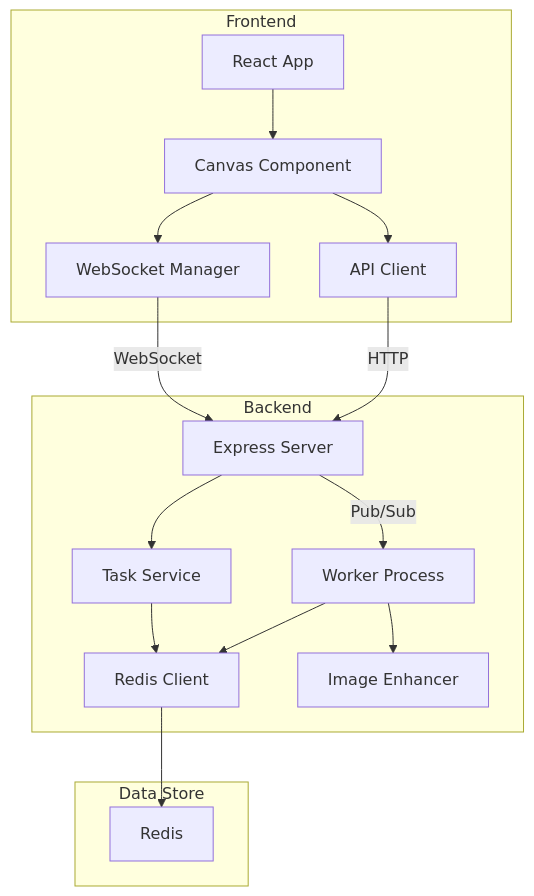
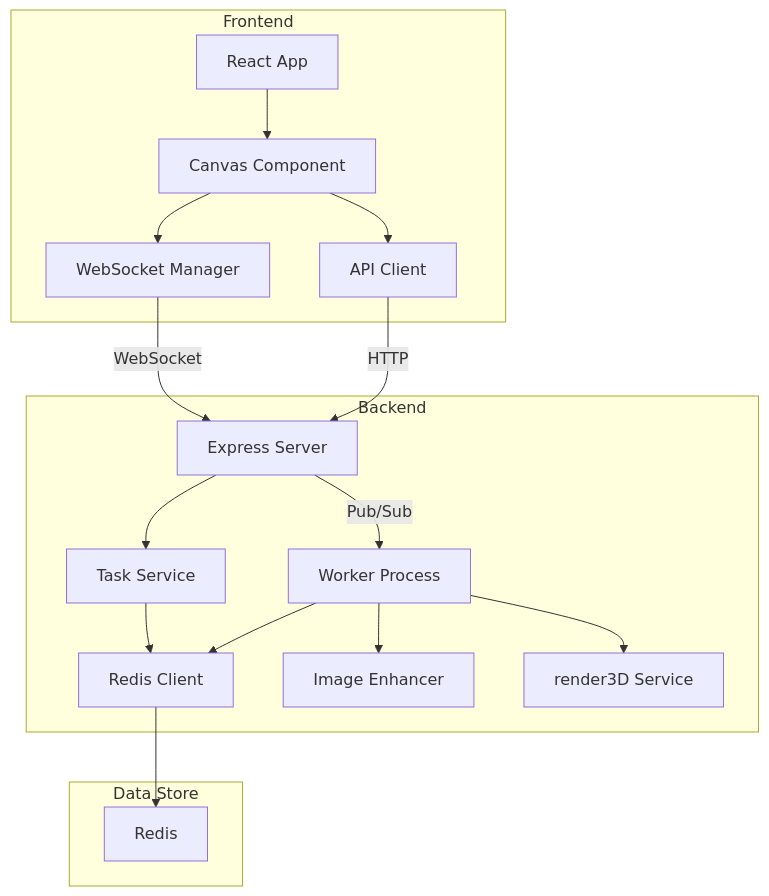
Before and after one commit to saumya-vyas/vibe3D: the diagram in README.md, drawn with Mermaid. The commit also changed other lines of this file and 7 other files, not shown here.

````diff
--- a/README.md
+++ b/README.md
@@ -7,24 +7,24 @@
 ```mermaid
 graph TB
     subgraph Frontend
         A[React App] --> B[Canvas Component]
         B --> C[WebSocket Manager]
         B --> D[API Client]
     end
 
     subgraph Backend
         E[Express Server] --> F[Task Service]
         F --> G[Redis Client]
-        
         H[Worker Process] --> G
         H --> I[Image Enhancer]
+        H --> K[render3D Service]
     end
 
     subgraph Data Store
         G --> J[Redis]
     end
 
     C -->|WebSocket| E
     D -->|HTTP| E
     E -->|Pub/Sub| H
 ```
````
